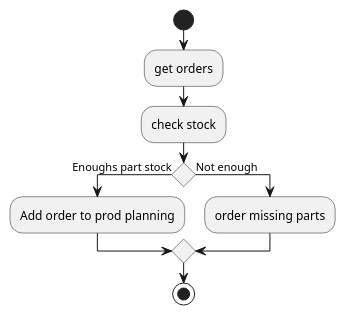
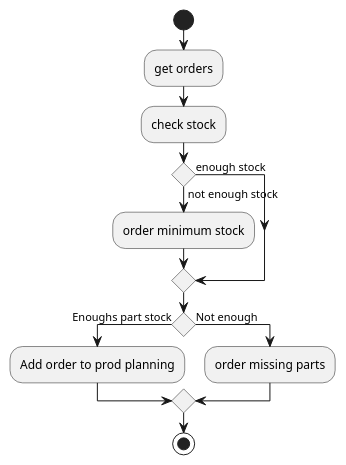
The diagram in diagrams/activity/planning.plantuml (fred-corp/Bovelo_PG3L_ECAM), drawn with PlantUML before and after one commit.

Commit message:
PP-5 updated planning activity diagram

```diff
--- a/diagrams/activity/planning.plantuml
+++ b/diagrams/activity/planning.plantuml
@@ -1,11 +1,15 @@
 @startuml Planning
 start
 :get orders;
 :check stock;
+if () is (not enough stock) then
+:order minimum stock;
+else (enough stock)
+endif
 if () is (Enoughs part stock) then
 :Add order to prod planning;
 else (Not enough)
 :order missing parts;
 endif
 stop
 @enduml
```
